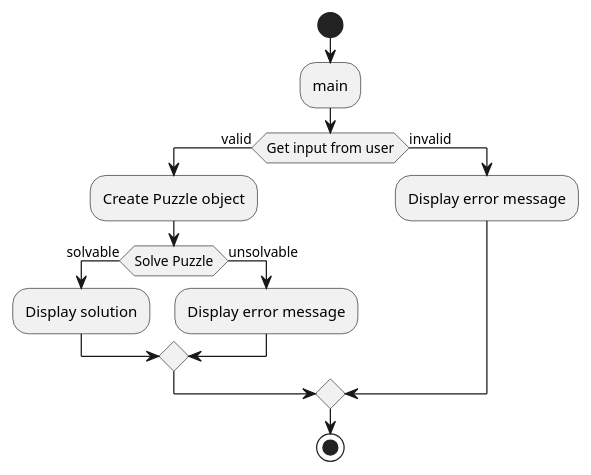
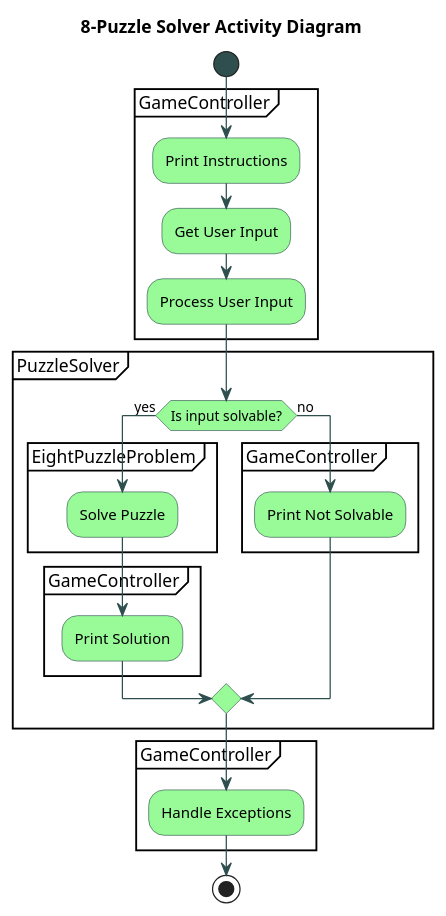
The diagram in uml/src/activity.puml (sminerport/eight-puzzle-solver), drawn with PlantUML before and after one commit. The commit also changed 6 other files, not shown here.

Commit message:
update uml

```diff
--- a/uml/src/activity.puml
+++ b/uml/src/activity.puml
@@ -1,19 +1,41 @@
-@startuml 8PuzzleActivityDiagram
+@startuml ActivityDiagram
+
+skinparam activity {
+    BackgroundColor PaleGreen
+    BorderColor DarkSlateGray
+    StartColor DarkSlateGray
+    EndColor DarkSlateGray
+    ArrowColor DarkSlateGray
+}
+
+title 8-Puzzle Solver Activity Diagram
 
 start
-:main;
 
-if (Get input from user) then (valid)
-    :Create Puzzle object;
-    if (Solve Puzzle) then (solvable)
-        :Display solution;
-    else (unsolvable)
-        :Display error message;
+partition GameController {
+    :Print Instructions;
+    :Get User Input;
+    :Process User Input;
+}
+
+partition PuzzleSolver {
+    if (Is input solvable?) then (yes)
+        partition EightPuzzleProblem {
+            :Solve Puzzle;
+        }
+        partition GameController {
+            :Print Solution;
+        }
+    else (no)
+        partition GameController {
+            :Print Not Solvable;
+        }
     endif
-else (invalid)
-    :Display error message;
-endif
+}
 
+partition GameController {
+    :Handle Exceptions;
+}
 stop
 
 @enduml
```
